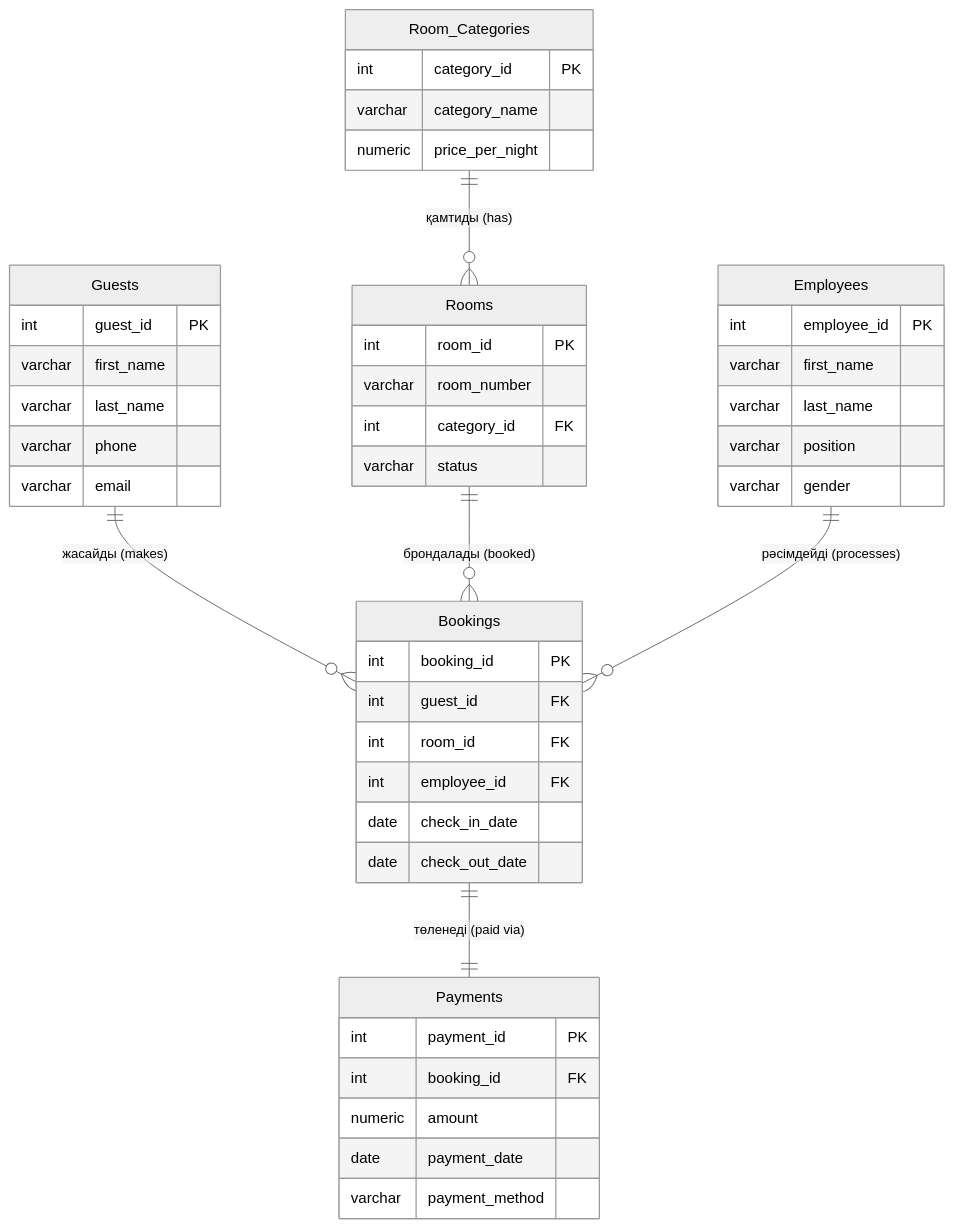
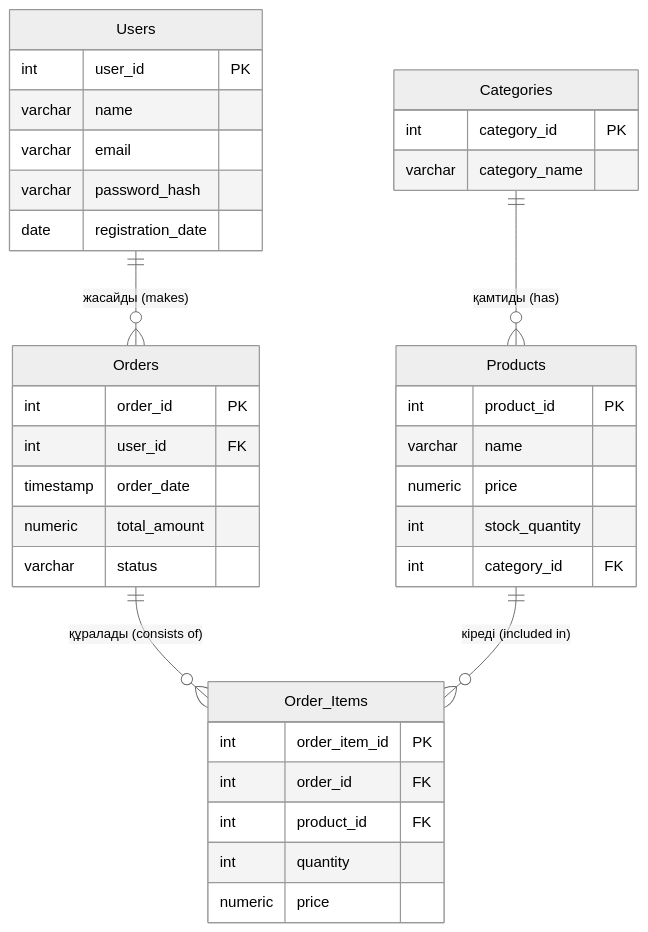
The diagram in README.md (meirzhantauan-glitch/SRS-BAZA), drawn with Mermaid (neutral theme) before and after one commit.

````diff
--- a/README.md
+++ b/README.md
@@ -1,57 +1,47 @@
 ```mermaid
 
 erDiagram
-    Room_Categories {
+    Users {
+        int user_id PK
+        varchar name
+        varchar email
+        varchar password_hash
+        date registration_date
+    }
+
+    Categories {
         int category_id PK
         varchar category_name
-        numeric price_per_night
     }
-    
-    Rooms {
-        int room_id PK
-        varchar room_number
+
+    Products {
+        int product_id PK
+        varchar name
+        numeric price
+        int stock_quantity
         int category_id FK
+    }
+
+    Orders {
+        int order_id PK
+        int user_id FK
+        timestamp order_date
+        numeric total_amount
         varchar status
     }
-    
-    Guests {
-        int guest_id PK
-        varchar first_name
-        varchar last_name
-        varchar phone
-        varchar email
-    }
-    
-    Employees {
-        int employee_id PK
-        varchar first_name
-        varchar last_name
-        varchar position
-        varchar gender
-    }
-    
-    Bookings {
-        int booking_id PK
-        int guest_id FK
-        int room_id FK
-        int employee_id FK
-        date check_in_date
-        date check_out_date
-    }
-    
-    Payments {
-        int payment_id PK
-        int booking_id FK
-        numeric amount
-        date payment_date
-        varchar payment_method
+
+    Order_Items {
+        int order_item_id PK
+        int order_id FK
+        int product_id FK
+        int quantity
+        numeric price
     }
 
-    %% Определение связей (Relations)
-    Room_Categories ||--o{ Rooms : "қамтиды (has)"
-    Guests ||--o{ Bookings : "жасайды (makes)"
-    Rooms ||--o{ Bookings : "брондалады (booked)"
-    Employees ||--o{ Bookings : "рәсімдейді (processes)"
-    Bookings ||--|| Payments : "төленеді (paid via)"
+    %% Байланыстар (Relations)
+    Categories ||--o{ Products : "қамтиды (has)"
+    Users ||--o{ Orders : "жасайды (makes)"
+    Orders ||--o{ Order_Items : "құралады (consists of)"
+    Products ||--o{ Order_Items : "кіреді (included in)"
 
  ```
````
